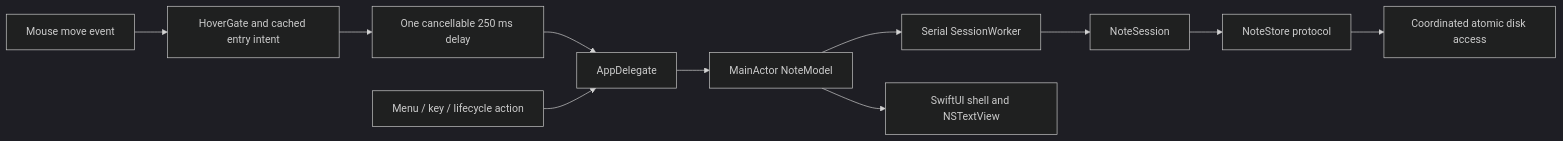
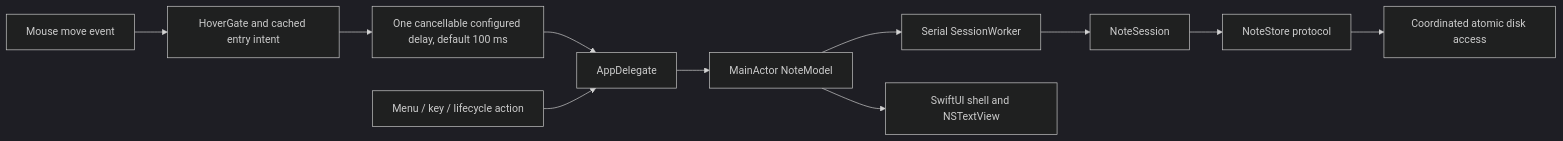
The first of 2 diagrams in Docs/ARCHITECTURE.md (yihehe/scribbit), drawn with Mermaid (dark theme) before and after one commit. The commit also changed other lines of this file and 16 other files, not shown here.

````diff
--- a/Docs/ARCHITECTURE.md
+++ b/Docs/ARCHITECTURE.md
@@ -17,13 +17,13 @@
 ```mermaid
 flowchart LR
     Mouse[Mouse move event] --> Gate[HoverGate and cached entry intent]
-    Gate --> Dwell[One cancellable 250 ms delay]
+    Gate --> Dwell[One cancellable configured delay, default 100 ms]
     Dwell --> App[AppDelegate]
     Menu[Menu / key / lifecycle action] --> App
     App --> Model[MainActor NoteModel]
     Model --> Worker[Serial SessionWorker]
     Worker --> Session[NoteSession]
     Session --> Store[NoteStore protocol]
     Store --> Disk[Coordinated atomic disk access]
     Model --> View[SwiftUI shell and NSTextView]
 ```
````
